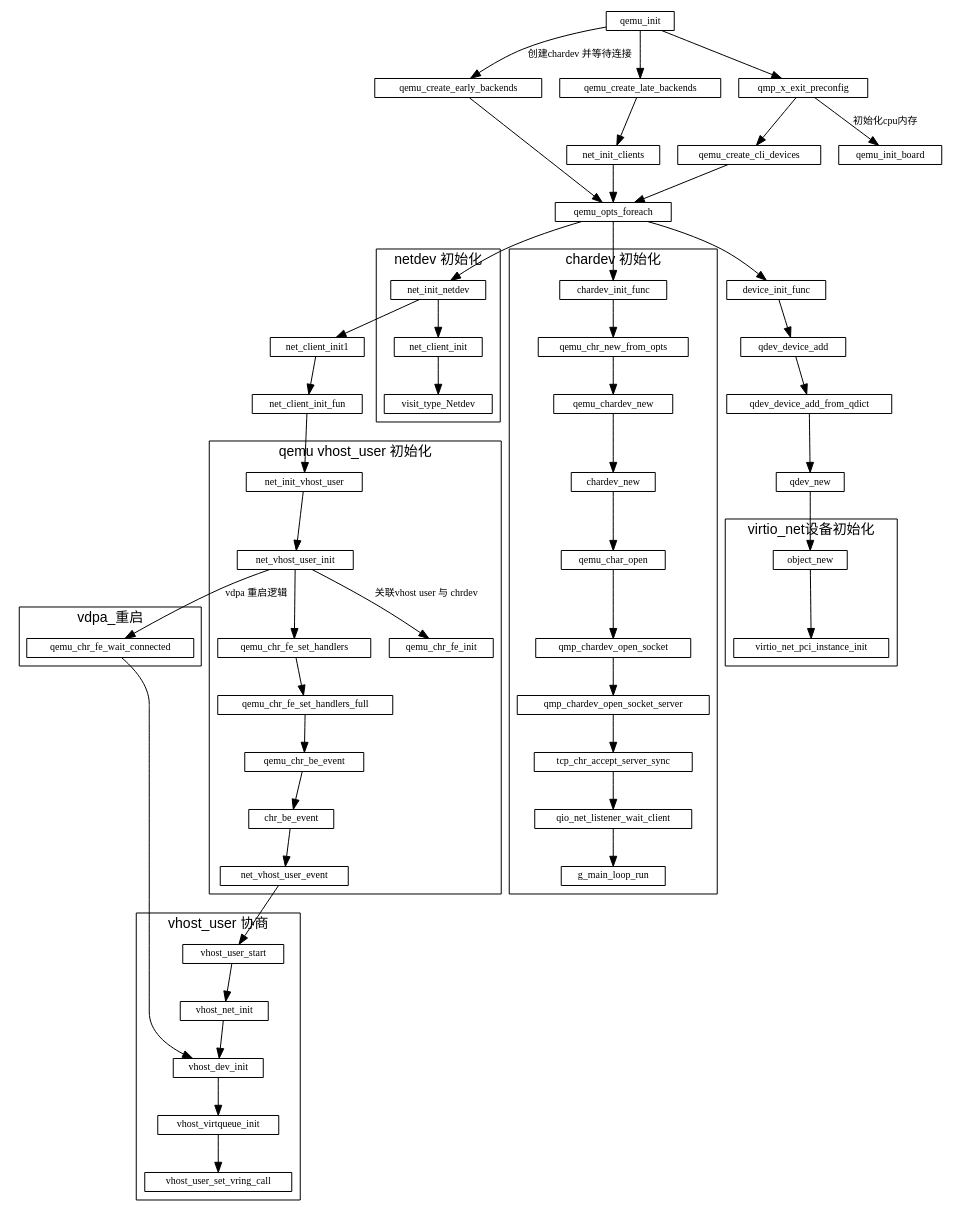
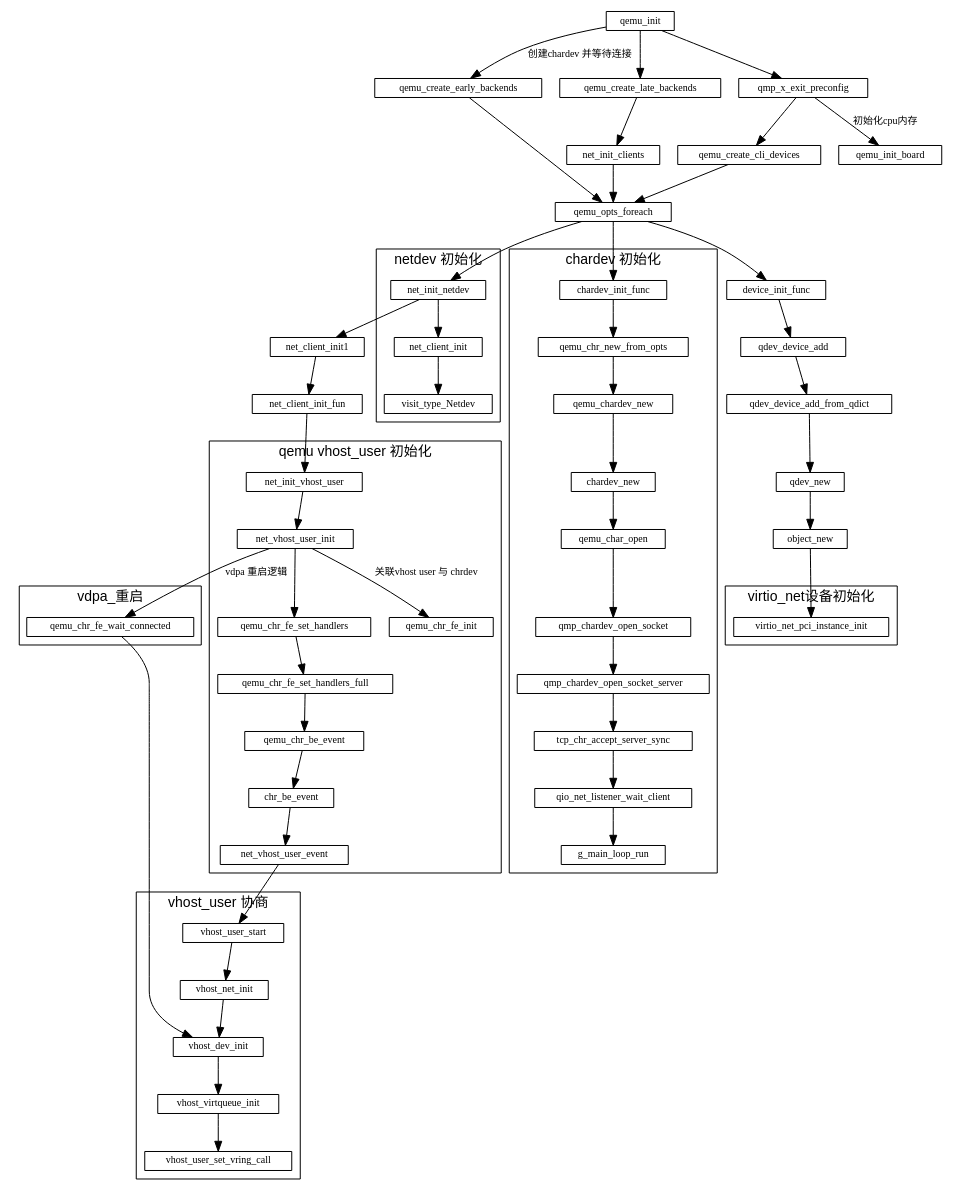
One commit to sisyphus1212/note changed the diagram in qemu/qemu初始化.md. Above: the diagram before and after it, drawn with Graphviz.

Commit message:
auto_update

```diff
--- a/qemu/qemu初始化.md
+++ b/qemu/qemu初始化.md
@@ -43,7 +43,6 @@
     subgraph virtio_net_init {
         label="virtio_net设备初始化";
         cluster=true;
-        object_new ->
         virtio_net_pci_instance_init
     }
 
@@ -100,6 +99,8 @@
               -> qdev_device_add_from_qdict
               -> qdev_new
               -> object_new
+                 object_new
+              -> virtio_net_pci_instance_init
 
     qmp_x_exit_preconfig
               -> qemu_init_board[label="初始化cpu内存"]
```
